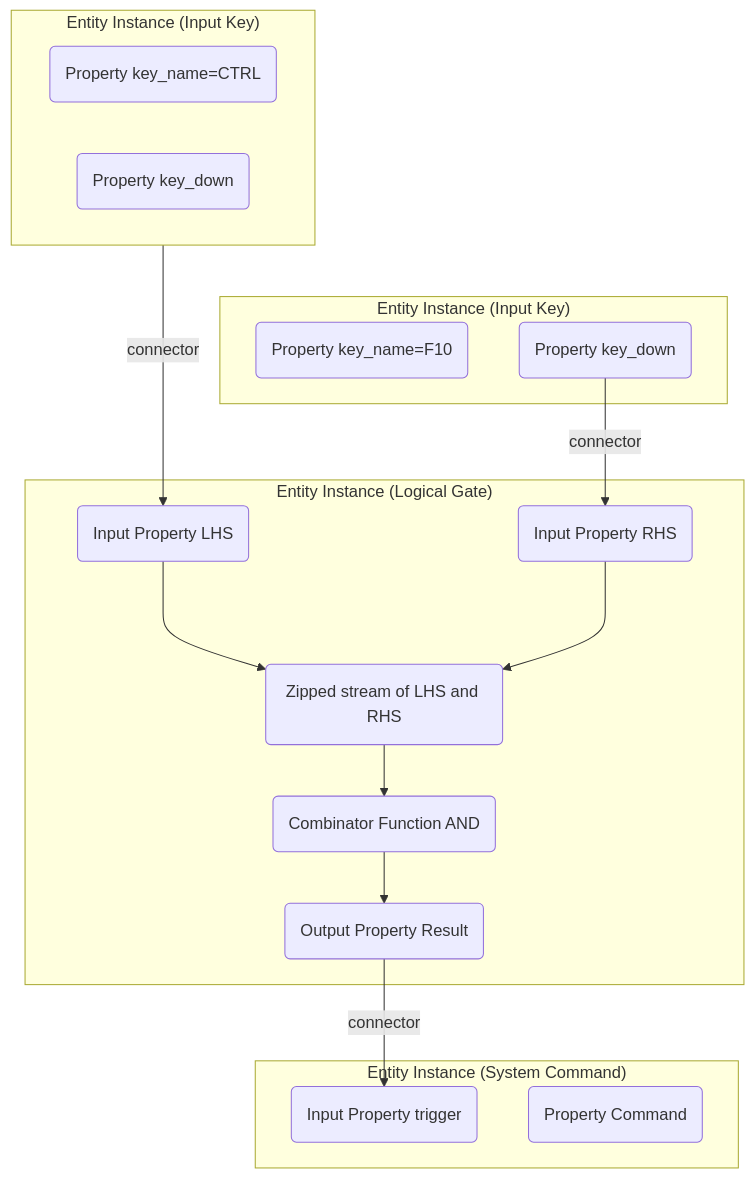
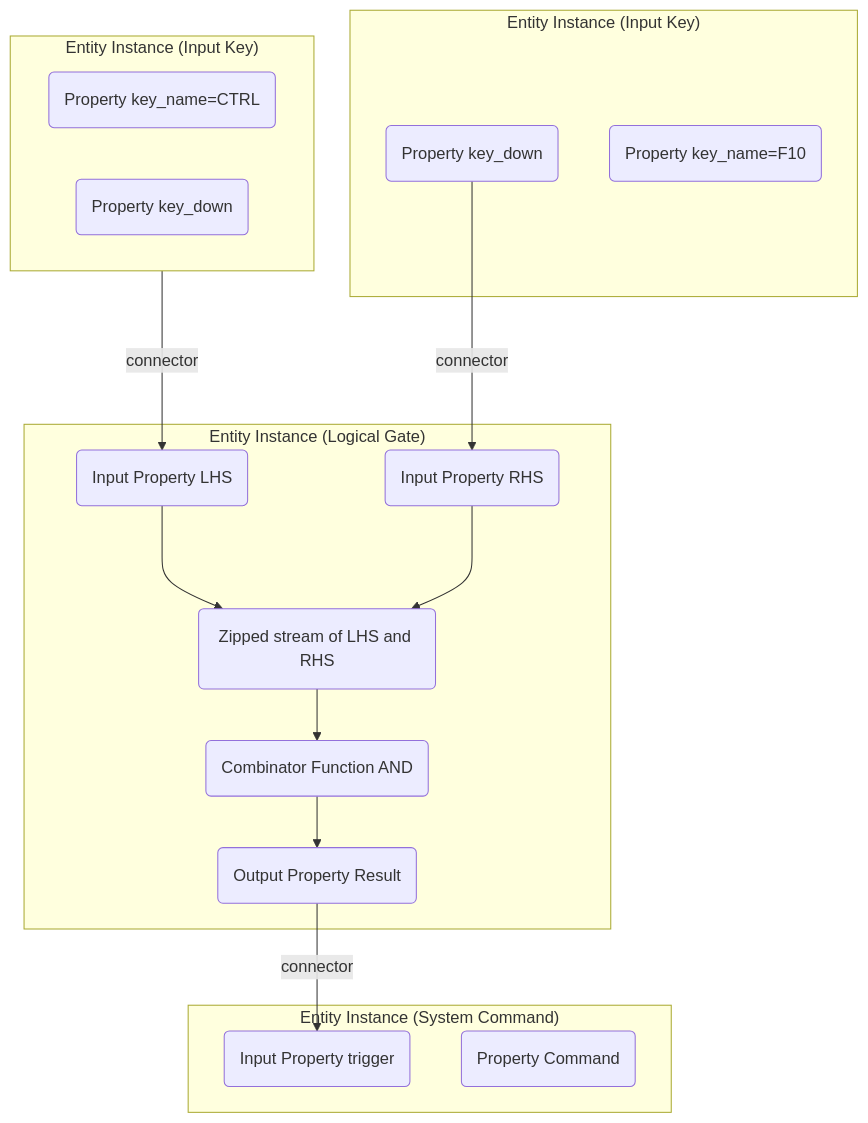
One commit to reactive-graph/reactive-graph changed the third of 4 diagrams in docs/inexor-rgf/src/About.md. Above: the diagram before and after it, drawn with Mermaid. The commit also changed other lines of this file and 36 other files, not shown here.

````diff
--- a/docs/inexor-rgf/src/About.md
+++ b/docs/inexor-rgf/src/About.md
@@ -104,31 +104,31 @@
 ```mermaid
 graph TD;
     subgraph key_ctrl ["Entity Instance (Input Key)"]
     direction RL
     CTRL_KEY(Property key_name=CTRL);
     CTRL_KD(Output Property key_down);
     end
 
     subgraph key_f10 ["Entity Instance (Input Key)"]
+    F10_KD(Output Property key_down);
     F10_KEY(Property key_name=F10);
-    F10_KD(Output Property key_down);
     end
 
     CTRL_KD(Property key_down)--->|connector|LHS;
-    F10_KD(Property key_down)-->|connector|RHS;
+    F10_KD(Property key_down)--->|connector|RHS;
 
     subgraph logicalgate ["Entity Instance (Logical Gate)"]
     LHS(Input Property LHS)o-->ZIP;
     RHS(Input Property RHS)o-->ZIP;
     ZIP(Zipped stream of LHS and RHS)-->COMBINATOR;
     COMBINATOR(Combinator Function AND)-->RESULT;
     RESULT(Output Property Result);
     end
 
     RESULT(Output Property Result)-->|connector|CMD_EXIT(Input Property trigger);
 
     subgraph system_command_exit ["Entity Instance (System Command)"]
     CMD_COMMAND(Property Command);
     CMD_EXIT(Input Property trigger)
     end
 ```
````
